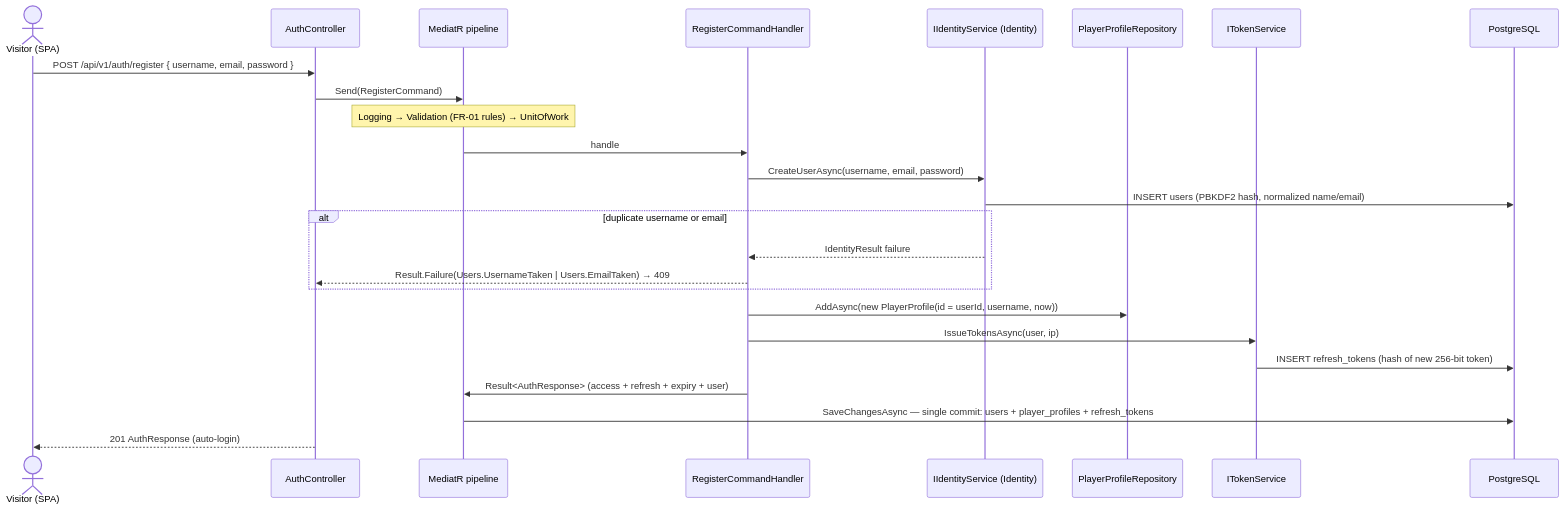
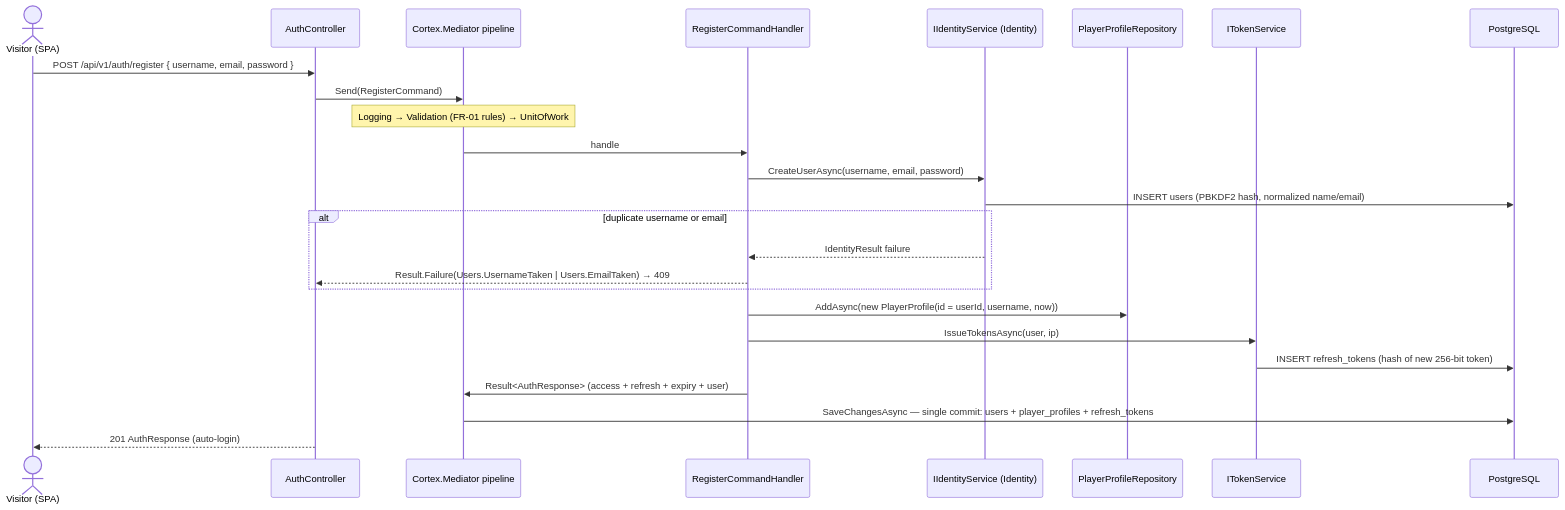
Before and after one commit to Nur-Al-Mumit/tic-tac-toe: the first of 3 diagrams in docs/02-backend/auth-identity-jwt.md, drawn with Mermaid. The commit also changed 20 other files, not shown here.

Commit message:
docs: switch in-process mediator from MediatR to Cortex.Mediator (ADR-0013, supersedes ADR-0002)

````diff
--- a/docs/02-backend/auth-identity-jwt.md
+++ b/docs/02-backend/auth-identity-jwt.md
@@ -59,28 +59,28 @@
 ```mermaid
 sequenceDiagram
     actor V as Visitor (SPA)
     participant C as AuthController
-    participant M as MediatR pipeline
+    participant M as Cortex.Mediator pipeline
     participant H as RegisterCommandHandler
     participant I as IIdentityService (Identity)
     participant R as PlayerProfileRepository
     participant T as ITokenService
     participant DB as PostgreSQL
 
     V->>C: POST /api/v1/auth/register { username, email, password }
     C->>M: Send(RegisterCommand)
     Note over M: Logging → Validation (FR-01 rules) → UnitOfWork
     M->>H: handle
     H->>I: CreateUserAsync(username, email, password)
     I->>DB: INSERT users (PBKDF2 hash, normalized name/email)
     alt duplicate username or email
         I-->>H: IdentityResult failure
         H-->>C: Result.Failure(Users.UsernameTaken | Users.EmailTaken) → 409
     end
     H->>R: AddAsync(new PlayerProfile(id = userId, username, now))
     H->>T: IssueTokensAsync(user, ip)
     T->>DB: INSERT refresh_tokens (hash of new 256-bit token)
     H->>M: Result<AuthResponse> (access + refresh + expiry + user)
     M->>DB: SaveChangesAsync — single commit: users + player_profiles + refresh_tokens
     C-->>V: 201 AuthResponse (auto-login)
 ```
````
